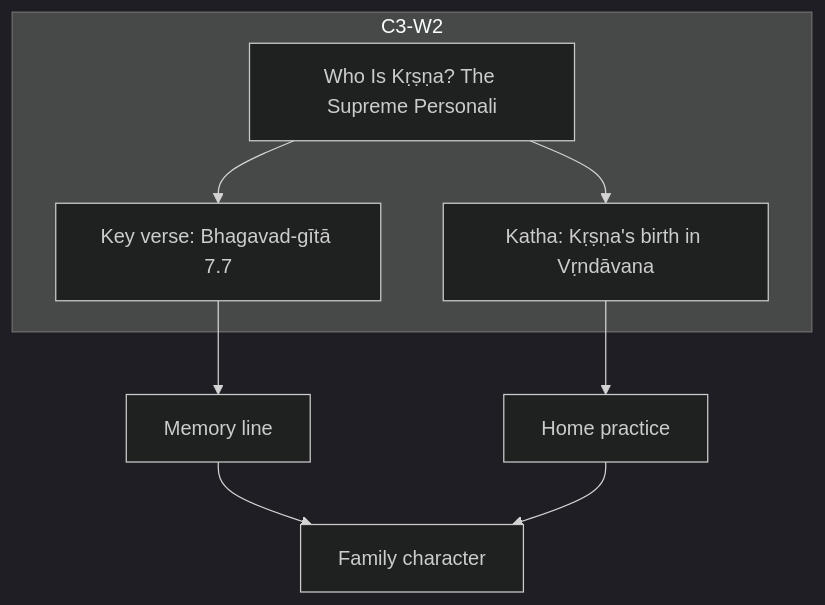
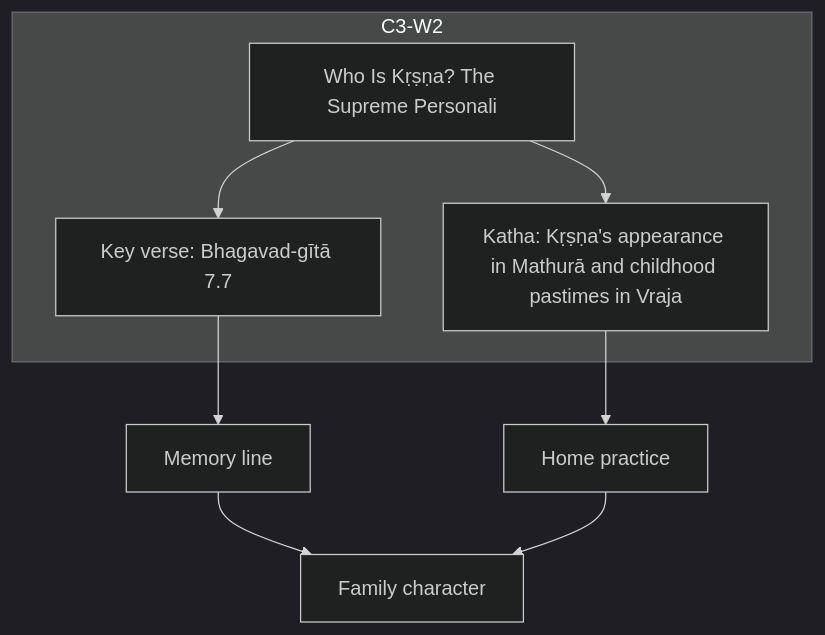
Before and after one commit to swap2you/kutumba-family-program: the diagram in 11-weekly-program-library/first-six-months/c3-w2-who-is-kṛṣṇa-the-supreme-personality-of-godhead/visuals/concept-map.md, drawn with Mermaid (dark theme). The commit also changed 39 other files, not shown here.

````diff
--- a/11-weekly-program-library/first-six-months/c3-w2-who-is-kṛṣṇa-the-supreme-personality-of-godhead/visuals/concept-map.md
+++ b/11-weekly-program-library/first-six-months/c3-w2-who-is-kṛṣṇa-the-supreme-personality-of-godhead/visuals/concept-map.md
@@ -3,14 +3,14 @@
 ```mermaid
 flowchart TB
     subgraph MODULE["C3-W2"]
         A["Who Is Kṛṣṇa? The Supreme Personali"]
         B["Key verse: Bhagavad-gītā 7.7"]
-        C["Katha: Kṛṣṇa's birth in Vṛndāvana"]
+        C["Katha: Kṛṣṇa's appearance in Mathurā and childhood pastimes in Vraja"]
     end
     A --> B
     A --> C
     B --> D[Memory line]
     C --> E[Home practice]
     D --> F[Family character]
     E --> F
 ```
````
